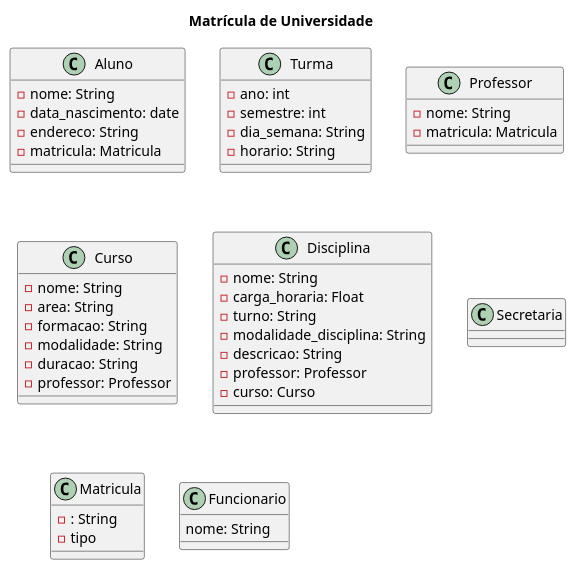
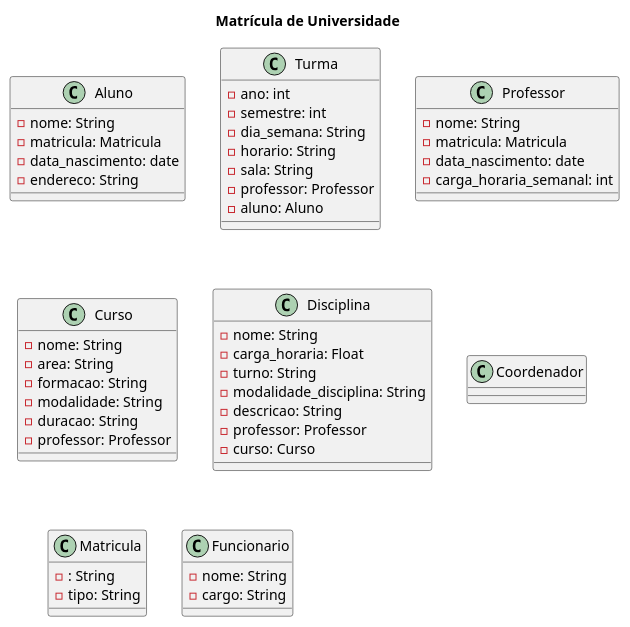
Before and after one commit to anleaes/2022-1-N2-POO-05: the diagram in diagrama.plantuml, drawn with PlantUML.

Commit message:
Mudanças UML

```diff
--- a/diagrama.plantuml
+++ b/diagrama.plantuml
@@ -1,64 +1,71 @@
 @startuml
 
 title Matrícula de Universidade
 
 
 class Aluno{
     - nome: String
+    - matricula: Matricula 
     - data_nascimento: date
     - endereco: String
-    - matricula: Matricula 
 
 }
 
 class Turma{
     - ano: int
     - semestre: int
     - dia_semana: String
     - horario: String
+    - sala: String
+    - professor: Professor
+    - aluno: Aluno
 
 }
 
 class Professor{
     - nome: String
     - matricula: Matricula
+    - data_nascimento: date
+    - carga_horaria_semanal: int
 }
 
 class Curso{
     - nome: String  
     - area: String
     - formacao: String
     - modalidade: String
     - duracao: String
     - professor: Professor
 }
 
 class Disciplina{
     - nome: String
     - carga_horaria: Float
     - turno: String
     - modalidade_disciplina: String
     - descricao: String
     - professor: Professor
     - curso: Curso
 
 }
 
-class Secretaria{
-
+class Coordenador{
+    
 
 
 }
 
 class Matricula{
     - : String
-    - tipo
+    - tipo: String
 
 }
 
 class Funcionario{
-    nome: String
+    - nome: String
+    - cargo: String
+
 
 }
 
 @enduml
```
